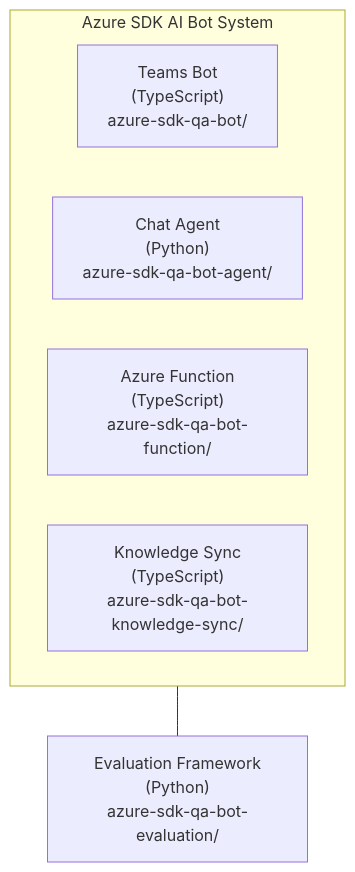
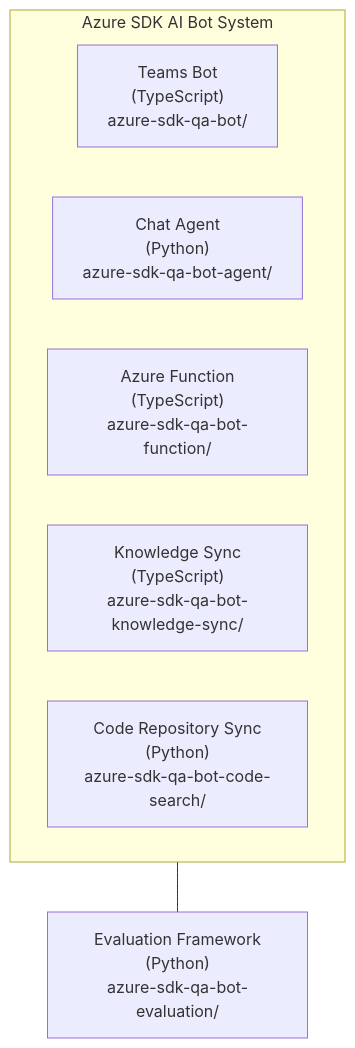
One commit to Azure/azure-sdk-tools changed the diagram in tools/sdk-ai-bots/README.md. Above: the diagram before and after it, drawn with Mermaid. The commit also changed other lines of this file and 32 other files, not shown here.

First line of the commit message:
Add latest repository file access for QA bot

````diff
--- a/tools/sdk-ai-bots/README.md
+++ b/tools/sdk-ai-bots/README.md
@@ -9,12 +9,13 @@
 ```mermaid
 flowchart TB
     subgraph system["Azure SDK AI Bot System"]
         direction LR
         teams["Teams Bot<br/>(TypeScript)<br/>azure-sdk-qa-bot/"]
         agent["Chat Agent<br/>(Python)<br/>azure-sdk-qa-bot-agent/"]
         func["Azure Function<br/>(TypeScript)<br/>azure-sdk-qa-bot-function/"]
         sync["Knowledge Sync<br/>(TypeScript)<br/>azure-sdk-qa-bot-knowledge-sync/"]
+        code["Code Repository Sync<br/>(Python)<br/>azure-sdk-qa-bot-code-search/"]
     end
     eval["Evaluation Framework<br/>(Python)<br/>azure-sdk-qa-bot-evaluation/"]
     system --- eval
 ```
````
